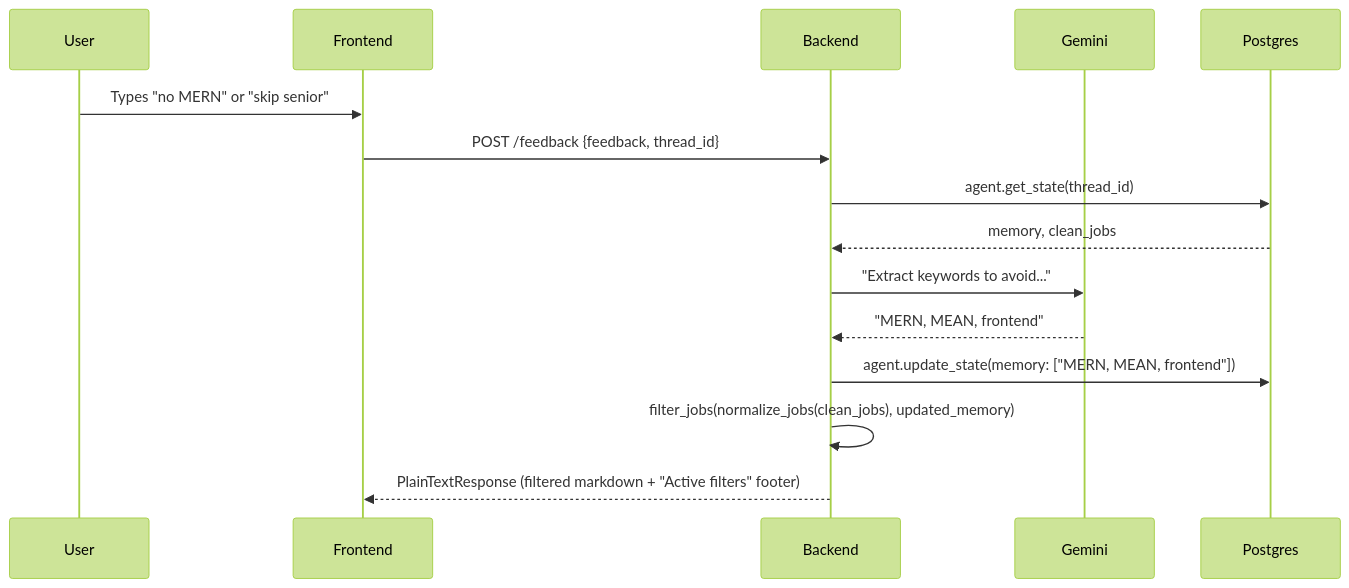
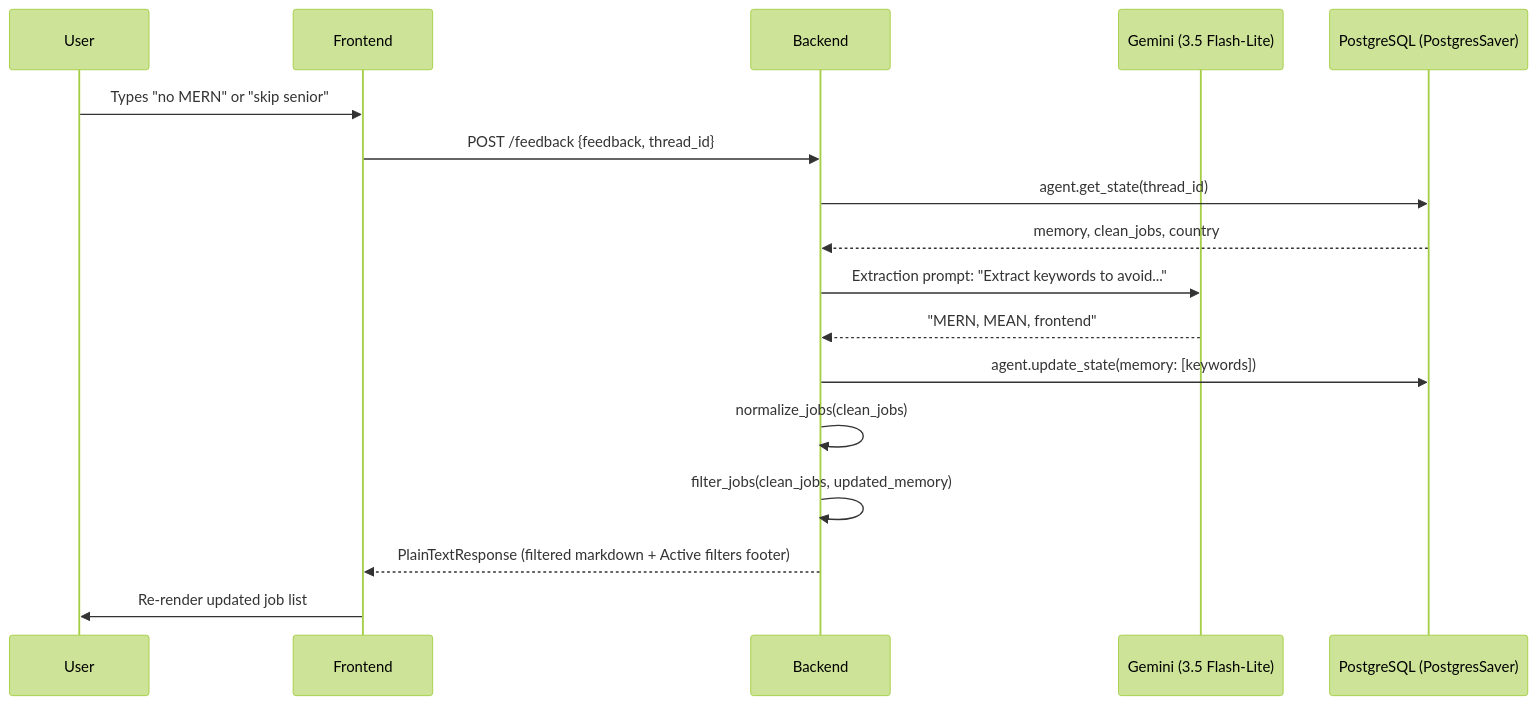
The fourth of 4 diagrams in openwiki/workflows.md (tsouk88/job-search-agent), drawn with Mermaid (forest theme) before and after one commit. The commit also changed other lines of this file and 36 other files, not shown here.

````diff
--- a/openwiki/workflows.md
+++ b/openwiki/workflows.md
@@ -59,18 +573,20 @@
 ```mermaid
 sequenceDiagram
     participant U as User
     participant F as Frontend
     participant B as Backend
-    participant LLM as Gemini
-    participant PG as Postgres
+    participant LLM as Gemini (3.5 Flash-Lite)
+    participant PG as PostgreSQL (PostgresSaver)
 
     U->>F: Types "no MERN" or "skip senior"
     F->>B: POST /feedback {feedback, thread_id}
     B->>PG: agent.get_state(thread_id)
-    PG-->>B: memory, clean_jobs
-    B->>LLM: "Extract keywords to avoid..."
+    PG-->>B: memory, clean_jobs, country
+    B->>LLM: Extraction prompt: "Extract keywords to avoid..."
     LLM-->>B: "MERN, MEAN, frontend"
-    B->>PG: agent.update_state(memory: ["MERN, MEAN, frontend"])
-    B->>B: filter_jobs(normalize_jobs(clean_jobs), updated_memory)
-    B-->>F: PlainTextResponse (filtered markdown + "Active filters" footer)
+    B->>PG: agent.update_state(memory: [keywords])
+    B->>B: normalize_jobs(clean_jobs)
+    B->>B: filter_jobs(clean_jobs, updated_memory)
+    B-->>F: PlainTextResponse (filtered markdown + Active filters footer)
+    F->>U: Re-render updated job list
 ```
````
